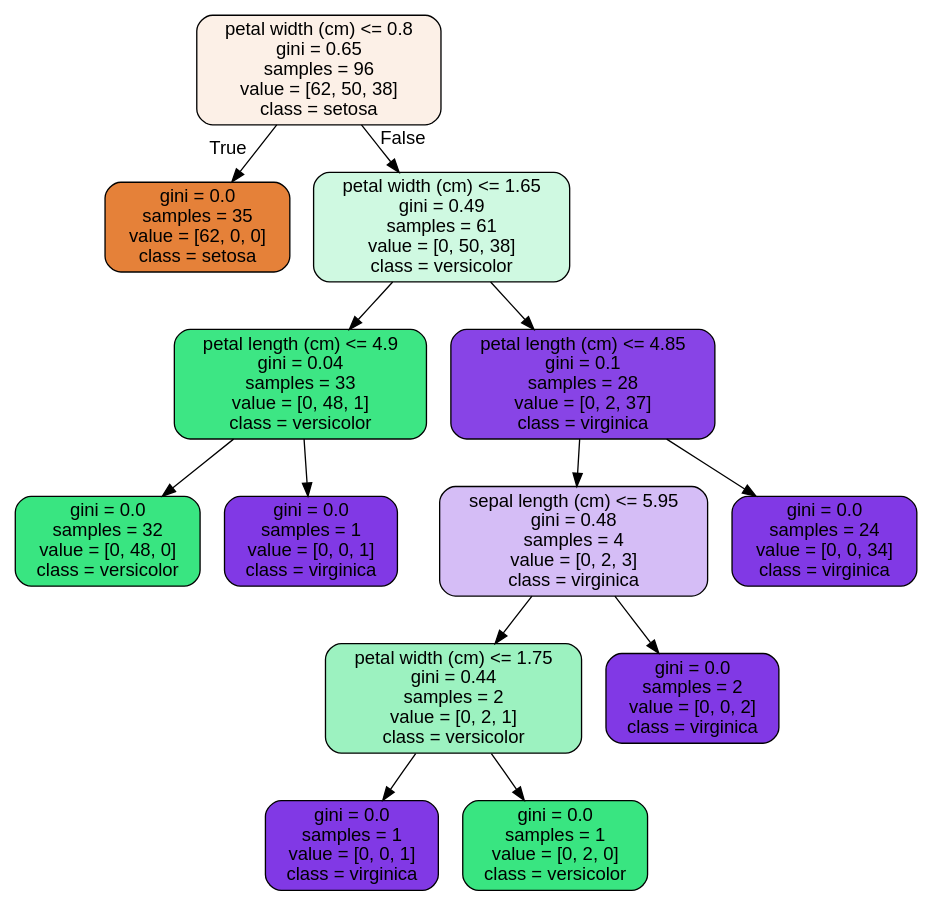
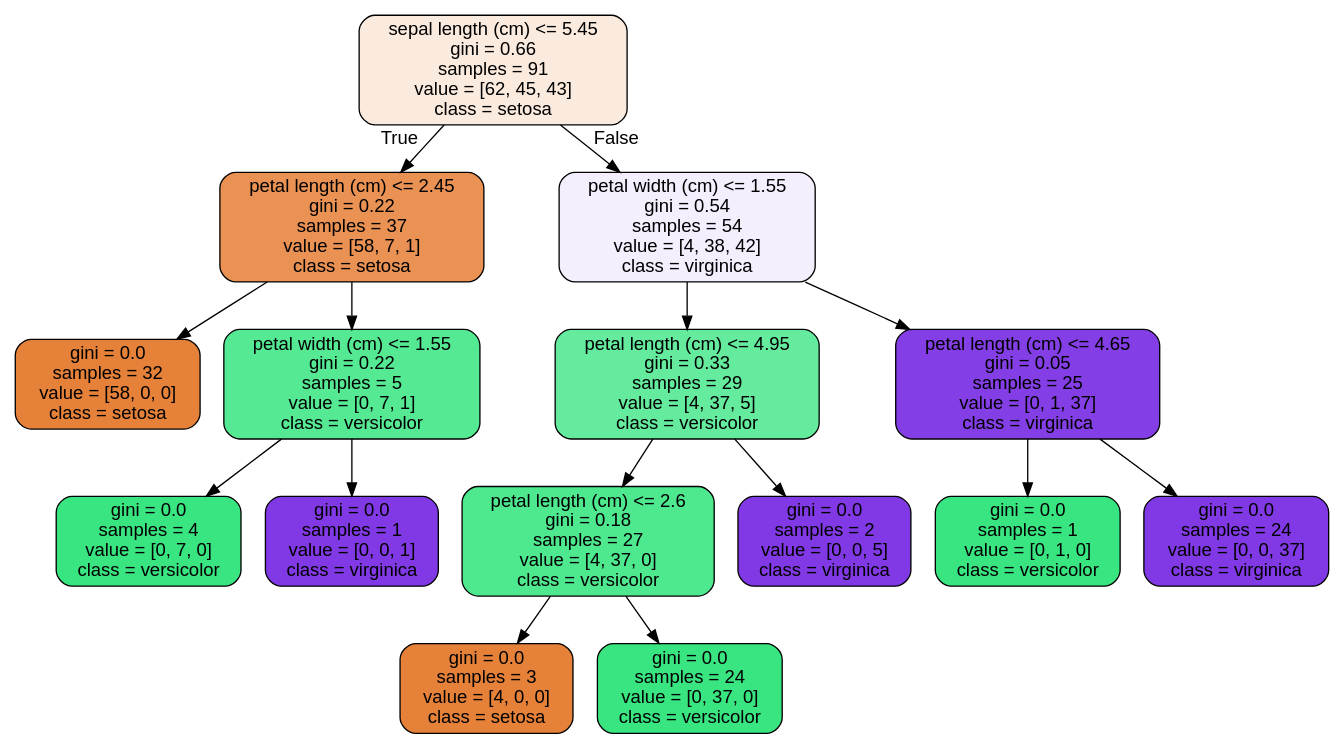
The diagram in Unit 14 - Supervised Learning/14.4 Random Forest Coronavirus case study/tree.dot (faridjn/-Springboard-7_2_5_API-Mini-Project), drawn with Graphviz before and after one commit. The commit also changed 2 other files, not shown here.

```diff
--- a/Unit 14 - Supervised Learning/14.4 Random Forest Coronavirus case study/tree.dot
+++ b/Unit 14 - Supervised Learning/14.4 Random Forest Coronavirus case study/tree.dot
@@ -1,29 +1,33 @@
 digraph Tree {
 node [shape=box, style="filled, rounded", color="black", fontname="helvetica"] ;
 edge [fontname="helvetica"] ;
-0 [label="petal width (cm) <= 0.8\ngini = 0.65\nsamples = 96\nvalue = [62, 50, 38]\nclass = setosa", fillcolor="#fcf0e7"] ;
-1 [label="gini = 0.0\nsamples = 35\nvalue = [62, 0, 0]\nclass = setosa", fillcolor="#e58139"] ;
+0 [label="sepal length (cm) <= 5.45\ngini = 0.66\nsamples = 91\nvalue = [62, 45, 43]\nclass = setosa", fillcolor="#fbebdf"] ;
+1 [label="petal length (cm) <= 2.45\ngini = 0.22\nsamples = 37\nvalue = [58, 7, 1]\nclass = setosa", fillcolor="#e99254"] ;
 0 -> 1 [labeldistance=2.5, labelangle=45, headlabel="True"] ;
-2 [label="petal width (cm) <= 1.65\ngini = 0.49\nsamples = 61\nvalue = [0, 50, 38]\nclass = versicolor", fillcolor="#cff9e1"] ;
-0 -> 2 [labeldistance=2.5, labelangle=-45, headlabel="False"] ;
-3 [label="petal length (cm) <= 4.9\ngini = 0.04\nsamples = 33\nvalue = [0, 48, 1]\nclass = versicolor", fillcolor="#3de684"] ;
-2 -> 3 ;
-4 [label="gini = 0.0\nsamples = 32\nvalue = [0, 48, 0]\nclass = versicolor", fillcolor="#39e581"] ;
+2 [label="gini = 0.0\nsamples = 32\nvalue = [58, 0, 0]\nclass = setosa", fillcolor="#e58139"] ;
+1 -> 2 ;
+3 [label="petal width (cm) <= 1.55\ngini = 0.22\nsamples = 5\nvalue = [0, 7, 1]\nclass = versicolor", fillcolor="#55e993"] ;
+1 -> 3 ;
+4 [label="gini = 0.0\nsamples = 4\nvalue = [0, 7, 0]\nclass = versicolor", fillcolor="#39e581"] ;
 3 -> 4 ;
 5 [label="gini = 0.0\nsamples = 1\nvalue = [0, 0, 1]\nclass = virginica", fillcolor="#8139e5"] ;
 3 -> 5 ;
-6 [label="petal length (cm) <= 4.85\ngini = 0.1\nsamples = 28\nvalue = [0, 2, 37]\nclass = virginica", fillcolor="#8844e6"] ;
-2 -> 6 ;
-7 [label="sepal length (cm) <= 5.95\ngini = 0.48\nsamples = 4\nvalue = [0, 2, 3]\nclass = virginica", fillcolor="#d5bdf6"] ;
+6 [label="petal width (cm) <= 1.55\ngini = 0.54\nsamples = 54\nvalue = [4, 38, 42]\nclass = virginica", fillcolor="#f4eefd"] ;
+0 -> 6 [labeldistance=2.5, labelangle=-45, headlabel="False"] ;
+7 [label="petal length (cm) <= 4.95\ngini = 0.33\nsamples = 29\nvalue = [4, 37, 5]\nclass = versicolor", fillcolor="#64eb9d"] ;
 6 -> 7 ;
-8 [label="petal width (cm) <= 1.75\ngini = 0.44\nsamples = 2\nvalue = [0, 2, 1]\nclass = versicolor", fillcolor="#9cf2c0"] ;
+8 [label="petal length (cm) <= 2.6\ngini = 0.18\nsamples = 27\nvalue = [4, 37, 0]\nclass = versicolor", fillcolor="#4ee88f"] ;
 7 -> 8 ;
-9 [label="gini = 0.0\nsamples = 1\nvalue = [0, 0, 1]\nclass = virginica", fillcolor="#8139e5"] ;
+9 [label="gini = 0.0\nsamples = 3\nvalue = [4, 0, 0]\nclass = setosa", fillcolor="#e58139"] ;
 8 -> 9 ;
-10 [label="gini = 0.0\nsamples = 1\nvalue = [0, 2, 0]\nclass = versicolor", fillcolor="#39e581"] ;
+10 [label="gini = 0.0\nsamples = 24\nvalue = [0, 37, 0]\nclass = versicolor", fillcolor="#39e581"] ;
 8 -> 10 ;
-11 [label="gini = 0.0\nsamples = 2\nvalue = [0, 0, 2]\nclass = virginica", fillcolor="#8139e5"] ;
+11 [label="gini = 0.0\nsamples = 2\nvalue = [0, 0, 5]\nclass = virginica", fillcolor="#8139e5"] ;
 7 -> 11 ;
-12 [label="gini = 0.0\nsamples = 24\nvalue = [0, 0, 34]\nclass = virginica", fillcolor="#8139e5"] ;
+12 [label="petal length (cm) <= 4.65\ngini = 0.05\nsamples = 25\nvalue = [0, 1, 37]\nclass = virginica", fillcolor="#843ee6"] ;
 6 -> 12 ;
+13 [label="gini = 0.0\nsamples = 1\nvalue = [0, 1, 0]\nclass = versicolor", fillcolor="#39e581"] ;
+12 -> 13 ;
+14 [label="gini = 0.0\nsamples = 24\nvalue = [0, 0, 37]\nclass = virginica", fillcolor="#8139e5"] ;
+12 -> 14 ;
 }
```
